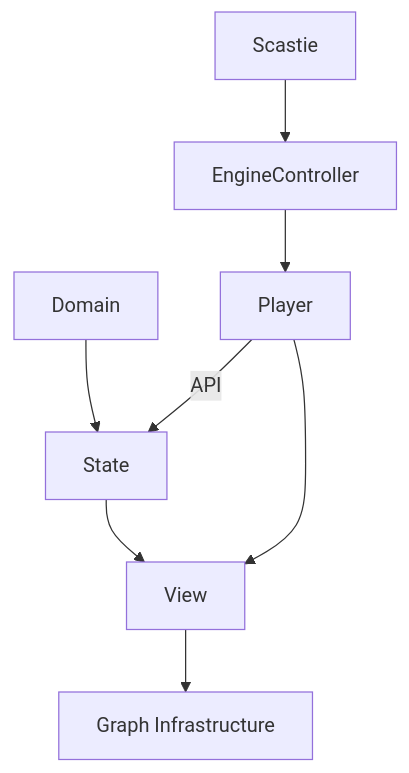
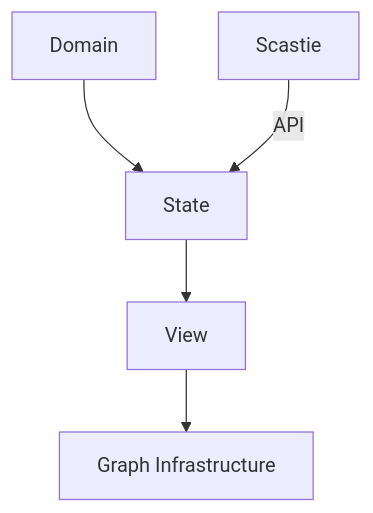
The diagram in docs/src/03-architectural-design/index.md (Ro0t-set/scafi-web-3), drawn with Mermaid before and after one commit. The commit also changed other lines of this file and 3 other files, not shown here.

````diff
--- a/docs/src/03-architectural-design/index.md
+++ b/docs/src/03-architectural-design/index.md
@@ -10,9 +10,7 @@
 ```mermaid
     flowchart TD
         A[Domain] --> B[State]
         B --> C[View]
         C --> D[Graph Infrastructure]
-        E[Scastie] --> F[EngineController] --> G[Player]
-        G[Player] -->|API| B[State]
-        G[Player] --> C[View]
+        E[Scastie] -->|API| B[State]
 ```
````
